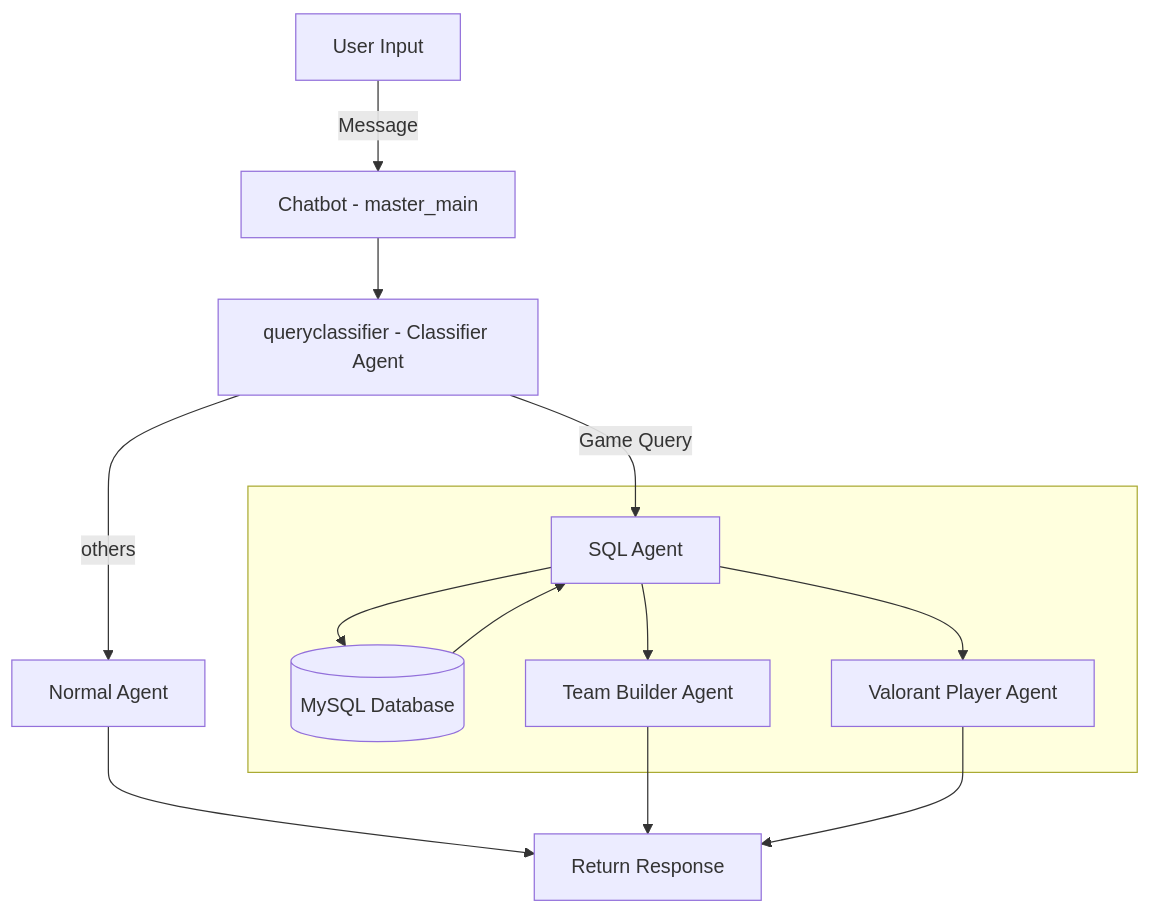
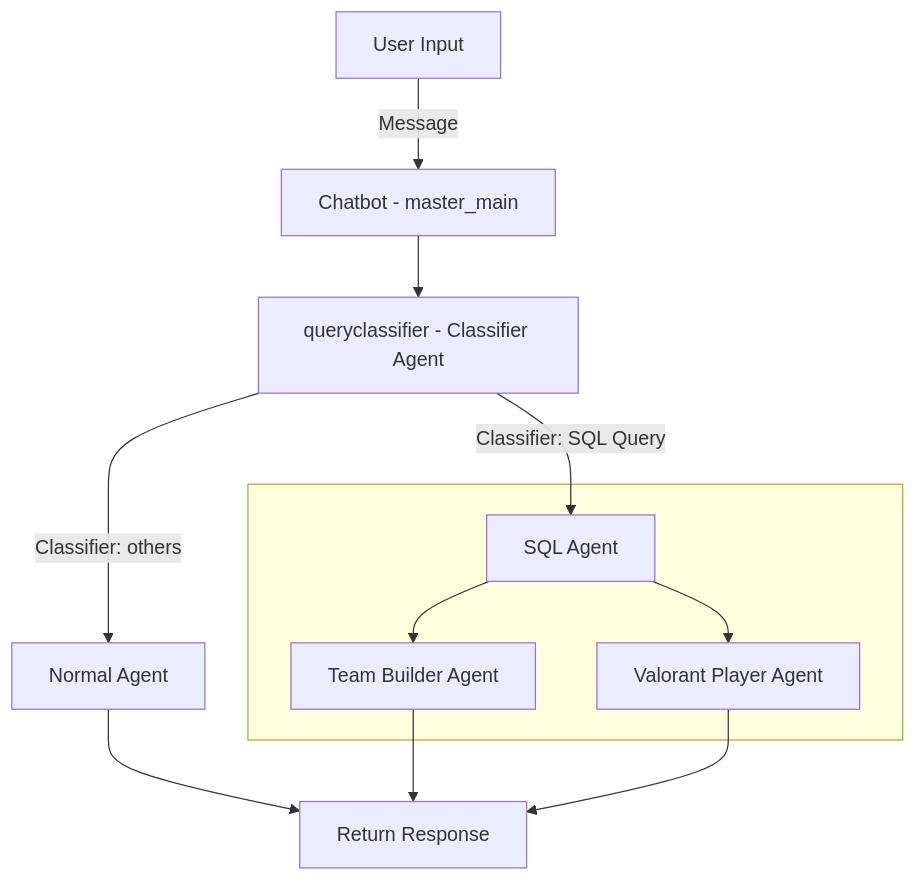
The first of 2 diagrams in README.md (Kleinpenny/VCTEVA), drawn with Mermaid before and after one commit. The commit also changed other lines of this file and 10 other files, not shown here.

````diff
--- a/README.md
+++ b/README.md
@@ -167,22 +154,20 @@
 ```mermaid
 flowchart TD
     A[User Input] -->|Message| B[Chatbot - master_main]
     B --> C[queryclassifier - Classifier Agent]
-    C -->|others| D[Normal Agent]
-    C -->|Game Query| E[SQL Agent]
+    C -->|Classifier: others| D[Normal Agent]
+    C -->|Classifier: SQL Query| E[SQL Agent]
     
     subgraph " "
-        DB[(MySQL Database)]
         E[SQL Agent]
         F[Team Builder Agent]
         G[Valorant Player Agent]
     end
 
     E --> G
     E --> F
-    E --> DB
-    DB --> E
     D --> H[Return Response]
     F --> H
     G --> H
+
 ```
````
